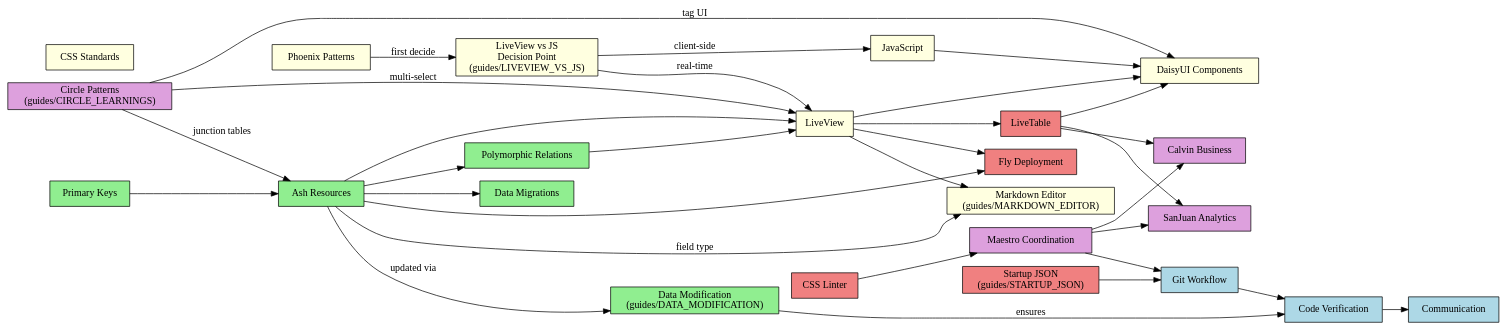
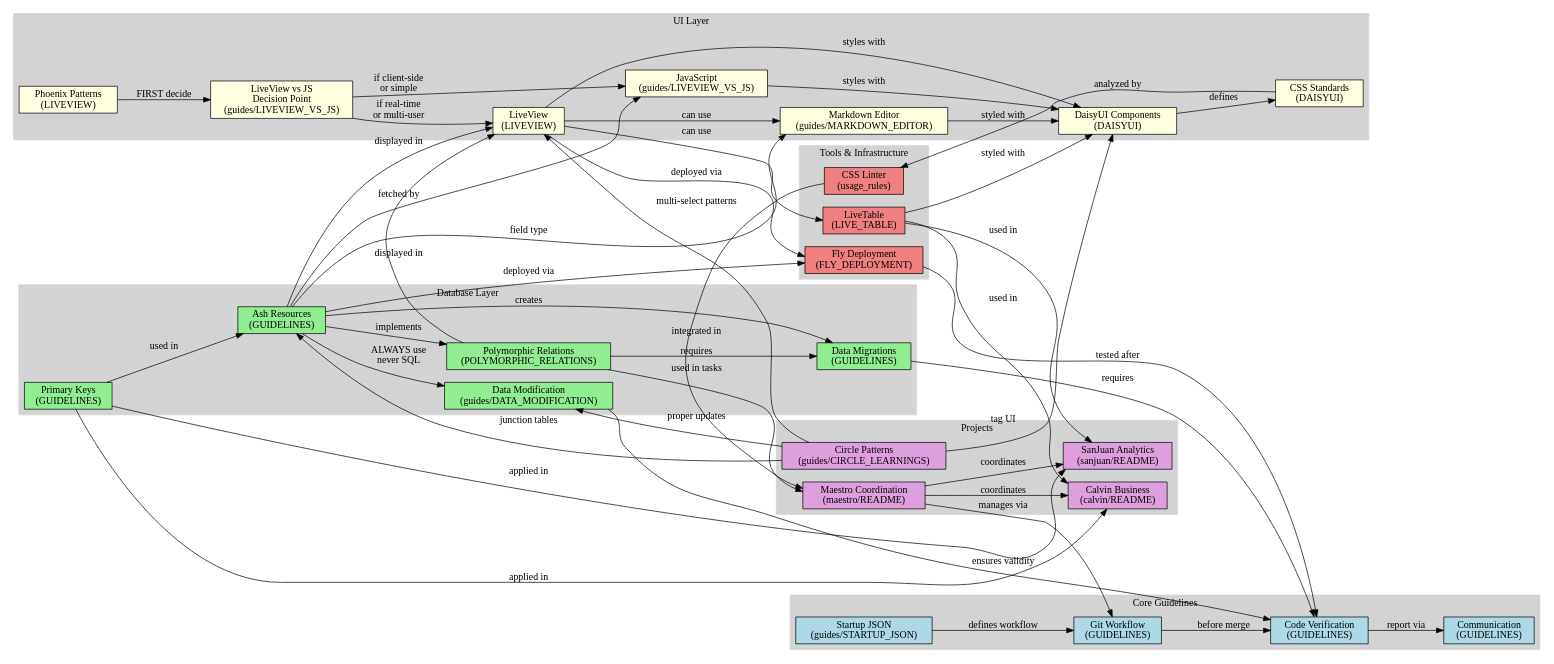
The diagram in CONCEPT_DAG.dot (vintrepid/maestro), drawn with Graphviz before and after one commit. The commit also changed 1 other file, not shown here.

Commit message:
Restore detailed concept DAG with new guides
- Restored all edge labels and descriptions
- Added new guides: Data Modification, LiveView vs JS, Markdown Editor, Circle Learnings, Startup JSON
- Kept subgraph clusters and organization
- All relationships properly labeled

```diff
--- a/CONCEPT_DAG.dot
+++ b/CONCEPT_DAG.dot
@@ -1,77 +1,141 @@
 digraph GuidelineConcepts {
   rankdir=LR;
   node [shape=box, style=filled];
   
+  // Core concepts
   node [fillcolor=lightblue];
-  git [label="Git Workflow"];
-  verification [label="Code Verification"];
-  communication [label="Communication"];
+  git [label="Git Workflow\n(GUIDELINES)"];
+  verification [label="Code Verification\n(GUIDELINES)"];
+  communication [label="Communication\n(GUIDELINES)"];
+  startup_json [label="Startup JSON\n(guides/STARTUP_JSON)"];
   
+  // Database concepts
   node [fillcolor=lightgreen];
-  db_pk [label="Primary Keys"];
-  ash_resource [label="Ash Resources"];
-  poly_relations [label="Polymorphic Relations"];
-  migrations [label="Data Migrations"];
+  db_pk [label="Primary Keys\n(GUIDELINES)"];
+  ash_resource [label="Ash Resources\n(GUIDELINES)"];
+  poly_relations [label="Polymorphic Relations\n(POLYMORPHIC_RELATIONS)"];
+  migrations [label="Data Migrations\n(GUIDELINES)"];
   data_modification [label="Data Modification\n(guides/DATA_MODIFICATION)"];
   
+  // UI/Frontend concepts
   node [fillcolor=lightyellow];
-  phoenix [label="Phoenix Patterns"];
+  phoenix [label="Phoenix Patterns\n(LIVEVIEW)"];
   ui_decision [label="LiveView vs JS\nDecision Point\n(guides/LIVEVIEW_VS_JS)"];
-  liveview [label="LiveView"];
-  javascript [label="JavaScript"];
-  daisyui [label="DaisyUI Components"];
-  css [label="CSS Standards"];
+  liveview [label="LiveView\n(LIVEVIEW)"];
+  javascript [label="JavaScript\n(guides/LIVEVIEW_VS_JS)"];
+  daisyui [label="DaisyUI Components\n(DAISYUI)"];
+  css [label="CSS Standards\n(DAISYUI)"];
   markdown_editor [label="Markdown Editor\n(guides/MARKDOWN_EDITOR)"];
   
+  // Tools
   node [fillcolor=lightcoral];
-  css_linter [label="CSS Linter"];
-  live_table [label="LiveTable"];
-  fly [label="Fly Deployment"];
-  startup_json [label="Startup JSON\n(guides/STARTUP_JSON)"];
+  css_linter [label="CSS Linter\n(usage_rules)"];
+  live_table [label="LiveTable\n(LIVE_TABLE)"];
+  fly [label="Fly Deployment\n(FLY_DEPLOYMENT)"];
   
+  // Project-specific
   node [fillcolor=plum];
-  calvin_domain [label="Calvin Business"];
-  sanjuan_domain [label="SanJuan Analytics"];
-  maestro_coord [label="Maestro Coordination"];
+  calvin_domain [label="Calvin Business\n(calvin/README)"];
+  sanjuan_domain [label="SanJuan Analytics\n(sanjuan/README)"];
+  maestro_coord [label="Maestro Coordination\n(maestro/README)"];
   circle_learnings [label="Circle Patterns\n(guides/CIRCLE_LEARNINGS)"];
   
-  db_pk -> ash_resource;
-  ash_resource -> poly_relations;
-  ash_resource -> migrations;
-  ash_resource -> data_modification [label="updated via"];
-  data_modification -> verification [label="ensures"];
+  // Database flow
+  db_pk -> ash_resource [label="used in"];
+  ash_resource -> poly_relations [label="implements"];
+  ash_resource -> migrations [label="creates"];
+  ash_resource -> data_modification [label="ALWAYS use\nnever SQL"];
+  poly_relations -> migrations [label="requires"];
+  migrations -> verification [label="requires"];
+  data_modification -> verification [label="ensures validity"];
   
-  phoenix -> ui_decision [label="first decide"];
-  ui_decision -> liveview [label="real-time"];
-  ui_decision -> javascript [label="client-side"];
+  // UI decision flow
+  phoenix -> ui_decision [label="FIRST decide"];
+  ui_decision -> liveview [label="if real-time\nor multi-user"];
+  ui_decision -> javascript [label="if client-side\nor simple"];
   
-  liveview -> daisyui;
-  javascript -> daisyui;
-  liveview -> markdown_editor;
+  // UI flow
+  liveview -> daisyui [label="styles with"];
+  javascript -> daisyui [label="styles with"];
+  daisyui -> css [label="defines"];
+  css -> css_linter [label="analyzed by"];
+  
+  // Markdown Editor
+  liveview -> markdown_editor [label="can use"];
   ash_resource -> markdown_editor [label="field type"];
+  markdown_editor -> daisyui [label="styled with"];
   
-  liveview -> live_table;
-  live_table -> daisyui;
+  // LiveView patterns
+  liveview -> live_table [label="can use"];
+  live_table -> daisyui [label="styled with"];
   
-  circle_learnings -> liveview [label="multi-select"];
+  // Development flow
+  git -> verification [label="before merge"];
+  verification -> communication [label="report via"];
+  startup_json -> git [label="defines workflow"];
+  
+  // Database & UI intersection
+  ash_resource -> liveview [label="displayed in"];
+  ash_resource -> javascript [label="fetched by"];
+  poly_relations -> liveview [label="displayed in"];
+  db_pk -> calvin_domain [label="applied in"];
+  db_pk -> sanjuan_domain [label="applied in"];
+  poly_relations -> maestro_coord [label="used in tasks"];
+  
+  // Circle Learnings
+  circle_learnings -> liveview [label="multi-select patterns"];
   circle_learnings -> daisyui [label="tag UI"];
   circle_learnings -> ash_resource [label="junction tables"];
+  circle_learnings -> data_modification [label="proper updates"];
   
-  git -> verification;
-  verification -> communication;
-  startup_json -> git;
+  // Project coordination
+  maestro_coord -> calvin_domain [label="coordinates"];
+  maestro_coord -> sanjuan_domain [label="coordinates"];
+  maestro_coord -> git [label="manages via"];
   
-  ash_resource -> liveview;
-  poly_relations -> liveview;
+  // Tools & Concepts
+  css_linter -> maestro_coord [label="integrated in"];
+  live_table -> sanjuan_domain [label="used in"];
+  live_table -> calvin_domain [label="used in"];
   
-  maestro_coord -> calvin_domain;
-  maestro_coord -> sanjuan_domain;
-  maestro_coord -> git;
+  // Deployment
+  liveview -> fly [label="deployed via"];
+  ash_resource -> fly [label="deployed via"];
+  fly -> verification [label="tested after"];
   
-  css_linter -> maestro_coord;
-  live_table -> sanjuan_domain;
-  live_table -> calvin_domain;
+  // Organization clusters
+  subgraph cluster_core {
+    label="Core Guidelines";
+    style=filled;
+    color=lightgrey;
+    git; verification; communication; startup_json;
+  }
   
-  liveview -> fly;
-  ash_resource -> fly;
+  subgraph cluster_data {
+    label="Database Layer";
+    style=filled;
+    color=lightgrey;
+    db_pk; ash_resource; poly_relations; migrations; data_modification;
+  }
+  
+  subgraph cluster_ui {
+    label="UI Layer";
+    style=filled;
+    color=lightgrey;
+    phoenix; ui_decision; liveview; javascript; daisyui; css; markdown_editor;
+  }
+  
+  subgraph cluster_tools {
+    label="Tools & Infrastructure";
+    style=filled;
+    color=lightgrey;
+    css_linter; live_table; fly;
+  }
+  
+  subgraph cluster_projects {
+    label="Projects";
+    style=filled;
+    color=lightgrey;
+    calvin_domain; sanjuan_domain; maestro_coord; circle_learnings;
+  }
 }
```
